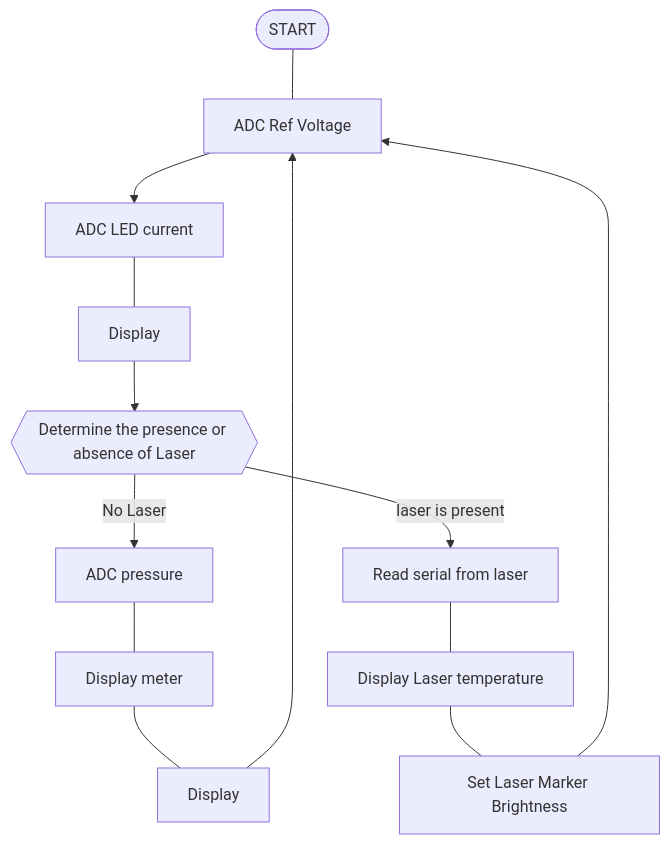
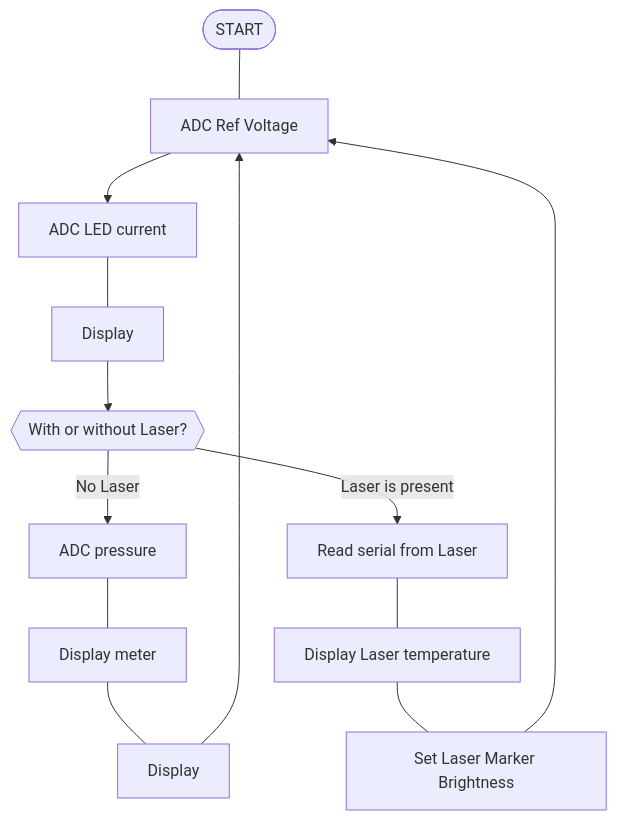
One commit to agysft/CPnP_Z changed the diagram in README.md. Above: the diagram before and after it, drawn with Mermaid. The commit also changed other lines of this file and 2 other files, not shown here.

Commit message:
Change Duty Cycle 5% to 1%, for 500mW Laser Marker

````diff
--- a/README.md
+++ b/README.md
@@ -5,15 +7,15 @@
 ```mermaid
 flowchart TD;
     I([START])---A;
     A[ADC Ref Voltage]-->B[ADC LED current];
     B---H[Display];
-    H-->C{{Determine the presence or absence of Laser}};
+    H-->C{{With or without Laser?}};
     C-->|No Laser|E[ADC pressure];
     E---F[Display meter];
     F---G[Display];
     G-->A;
-    C-->|laser is present|D[Read serial from laser];
+    C-->|Laser is present|D[Read serial from Laser];
     D---D2[Display Laser temperature];
     D2---D3[Set Laser Marker Brightness];
     D3-->A;
 ```
````
